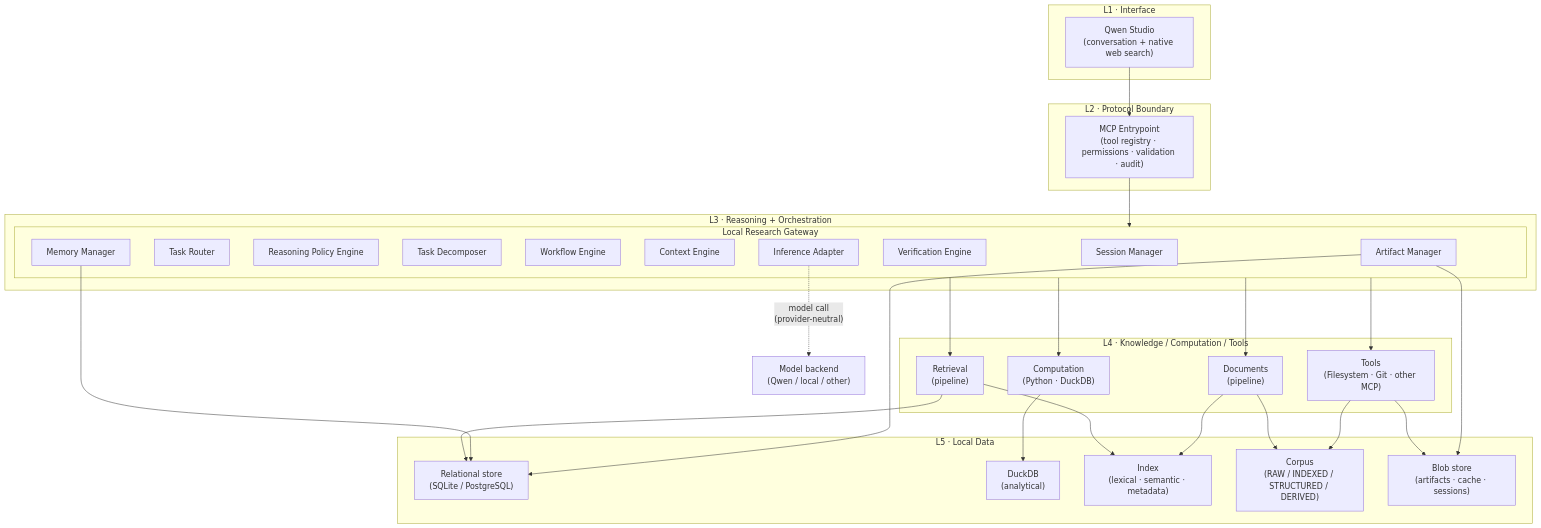
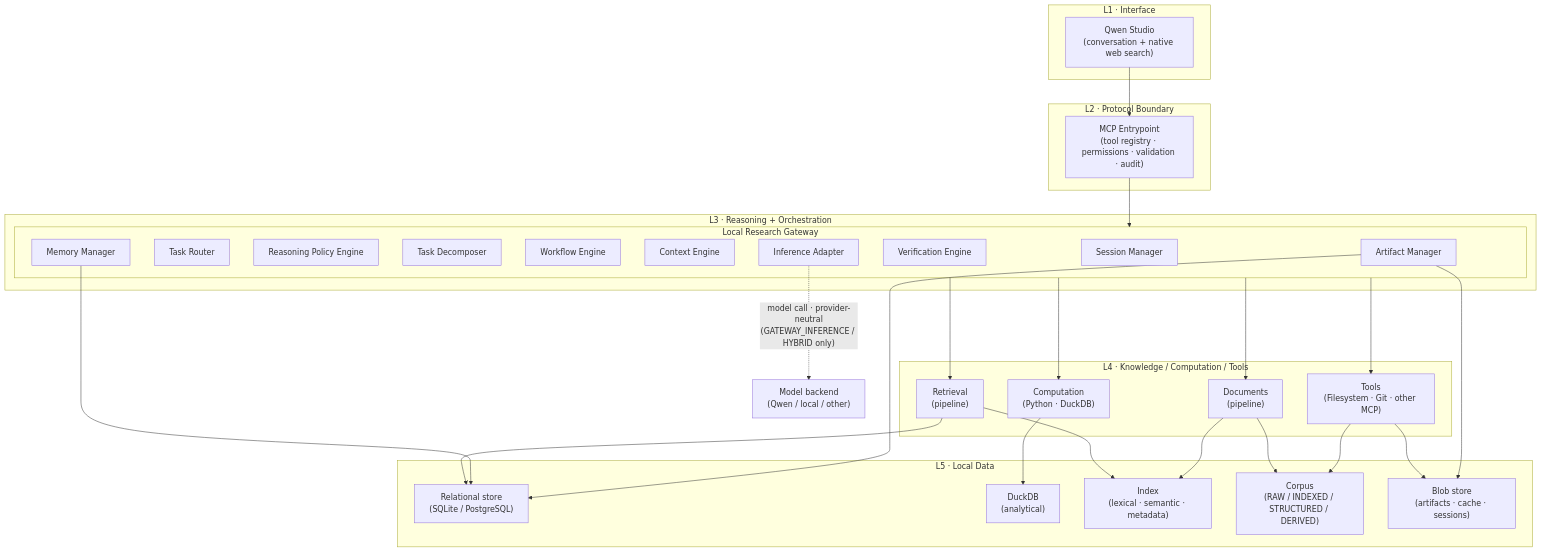
One commit to mitem743351/qwen changed the diagram in docs/architecture/diagrams/system-architecture.md. Above: the diagram before and after it, drawn with Mermaid. The commit also changed other lines of this file and 28 other files, not shown here.

First line of the commit message:
Phase 0.5: model inference ownership and operating modes

````diff
--- a/docs/architecture/diagrams/system-architecture.md
+++ b/docs/architecture/diagrams/system-architecture.md
@@ -3,58 +3,58 @@
 ```mermaid
 flowchart TB
     subgraph L1["L1 · Interface"]
         QS["Qwen Studio<br/>(conversation + native web search)"]
     end
 
     subgraph L2["L2 · Protocol Boundary"]
         MCP["MCP Entrypoint<br/>(tool registry · permissions · validation · audit)"]
     end
 
     subgraph L3["L3 · Reasoning + Orchestration"]
         subgraph LRG["Local Research Gateway"]
             SM["Session Manager"]
             TR["Task Router"]
             RPE["Reasoning Policy Engine"]
             TD["Task Decomposer"]
             WE["Workflow Engine"]
             CE["Context Engine"]
             MM["Memory Manager"]
             VE["Verification Engine"]
             AM["Artifact Manager"]
             IA["Inference Adapter"]
         end
     end
 
     subgraph L4["L4 · Knowledge / Computation / Tools"]
         RET["Retrieval<br/>(pipeline)"]
         DOC["Documents<br/>(pipeline)"]
         CMP["Computation<br/>(Python · DuckDB)"]
         TOL["Tools<br/>(Filesystem · Git · other MCP)"]
     end
 
     subgraph L5["L5 · Local Data"]
         DB["Relational store<br/>(SQLite / PostgreSQL)"]
         DDB["DuckDB<br/>(analytical)"]
         IDX["Index<br/>(lexical · semantic · metadata)"]
         COR["Corpus<br/>(RAW / INDEXED / STRUCTURED / DERIVED)"]
         BLB["Blob store<br/>(artifacts · cache · sessions)"]
     end
 
     QS --> MCP
     MCP --> LRG
     LRG --> RET
     LRG --> DOC
     LRG --> CMP
     LRG --> TOL
     RET --> IDX
     RET --> DB
     DOC --> COR
     DOC --> IDX
     CMP --> DDB
     TOL --> COR
     TOL --> BLB
     MM --> DB
     AM --> BLB
     AM --> DB
-    IA -.->|"model call<br/>(provider-neutral)"| QW["Model backend<br/>(Qwen / local / other)"]
+    IA -.->|"model call · provider-neutral<br/>(GATEWAY_INFERENCE / HYBRID only)"| QW["Model backend<br/>(Qwen / local / other)"]
 ```
````
